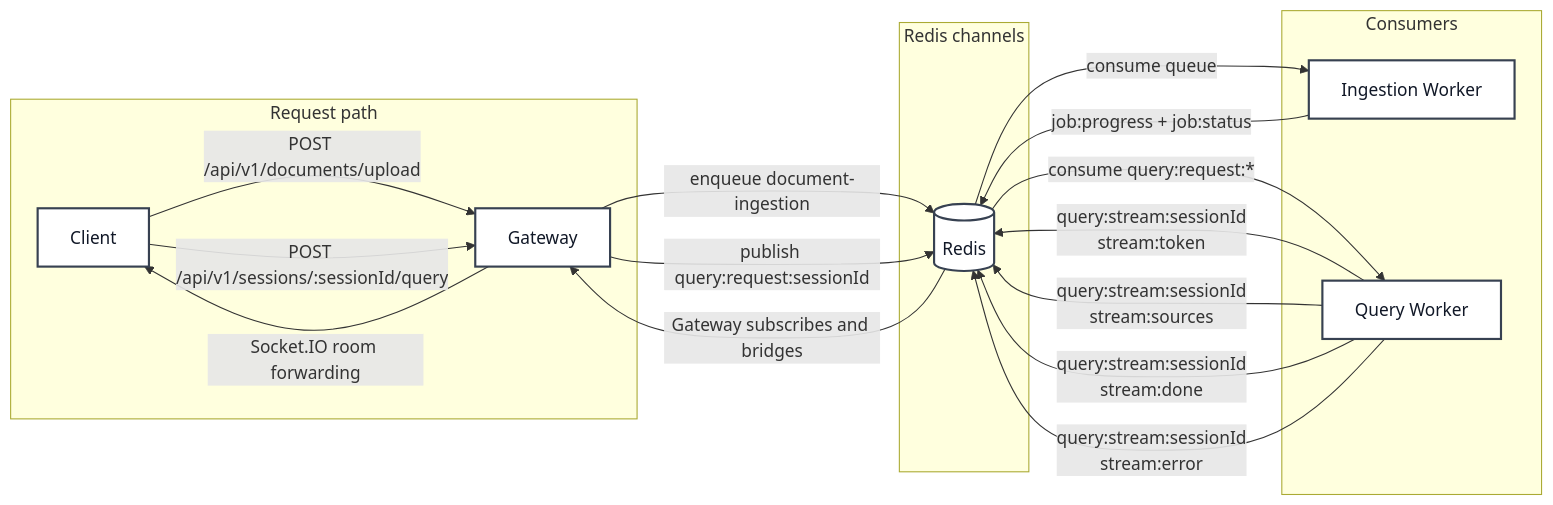
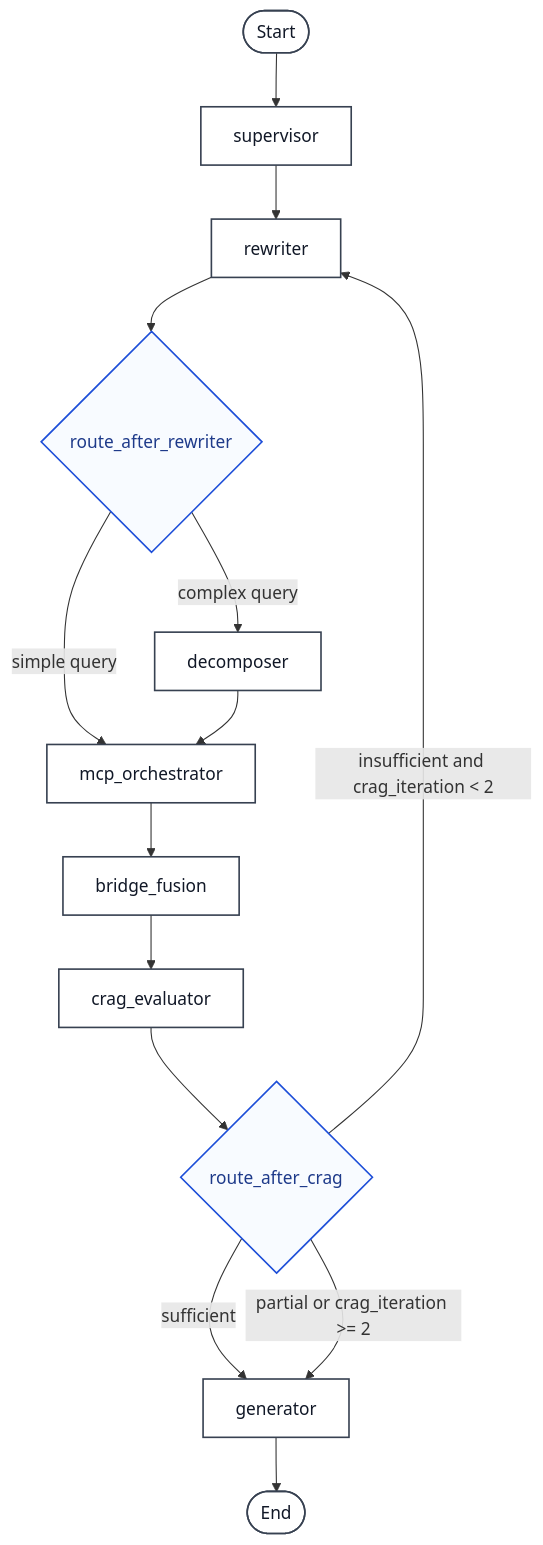
Before and after one commit to CodeSahil21/VendorClause-Ai: the third of 3 diagrams in README.md, drawn with Mermaid. The commit also changed other lines of this file and 1 other file, not shown here.

````diff
--- a/README.md
+++ b/README.md
@@ -197,37 +93,23 @@
 ```mermaid
-flowchart LR
-  classDef req fill:#ffffff,stroke:#374151,stroke-width:2,color:#111827
-  classDef evt fill:#ffffff,stroke:#374151,stroke-width:2,color:#111827
-  classDef q fill:#ffffff,stroke:#374151,stroke-width:2,color:#111827
+flowchart TB
+	classDef node fill:#ffffff,stroke:#374151,stroke-width:1.5,color:#111827
+	classDef dec fill:#f8fbff,stroke:#1d4ed8,stroke-width:1.5,color:#1e3a8a
 
-    subgraph REQ[Request path]
-      C[Client] -->|POST /api/v1/documents/upload| G[Gateway]
-      C -->|POST /api/v1/sessions/:sessionId/query| G
-    end
+	A([Start]) --> B[supervisor]:::node
+	B --> C[rewriter]:::node
 
-    subgraph BUS[Redis channels]
-      R[(Redis)]
-    end
+	C --> D{route_after_rewriter}:::dec
+	D -->|complex query| E[decomposer]:::node
+	D -->|simple query| F[mcp_orchestrator]:::node
+	E --> F
 
-    subgraph WORKERS[Consumers]
-      IW[Ingestion Worker]
-      QW[Query Worker]
-    end
+	F --> G[bridge_fusion]:::node
+	G --> H[crag_evaluator]:::node
 
-    G -->|enqueue document-ingestion| R
-    R -->|consume queue| IW
-    IW -->|job:progress + job:status| R
+	H --> I{route_after_crag}:::dec
+	I -->|sufficient| J[generator]:::node
+	I -->|insufficient and crag_iteration < 2| C
+	I -->|partial or crag_iteration >= 2| J
 
-    G -->|publish query:request:sessionId| R
-    R -->|consume query:request:*| QW
-    QW -->|query:stream:sessionId\nstream:token| R
-    QW -->|query:stream:sessionId\nstream:sources| R
-    QW -->|query:stream:sessionId\nstream:done| R
-    QW -->|query:stream:sessionId\nstream:error| R
-
-    R -->|Gateway subscribes and bridges| G
-    G -->|Socket.IO room forwarding| C
-
-  class C,G,IW,QW req
-  class R q
+	J --> K([End])
 ```
````
